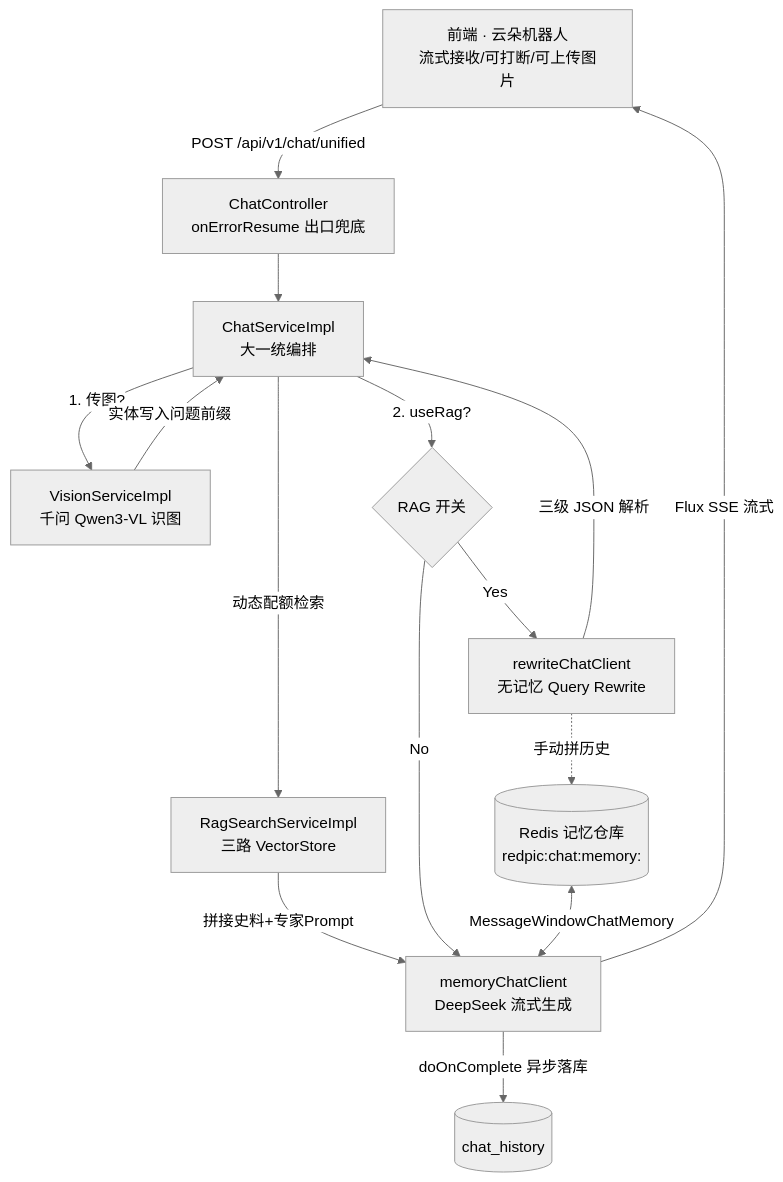
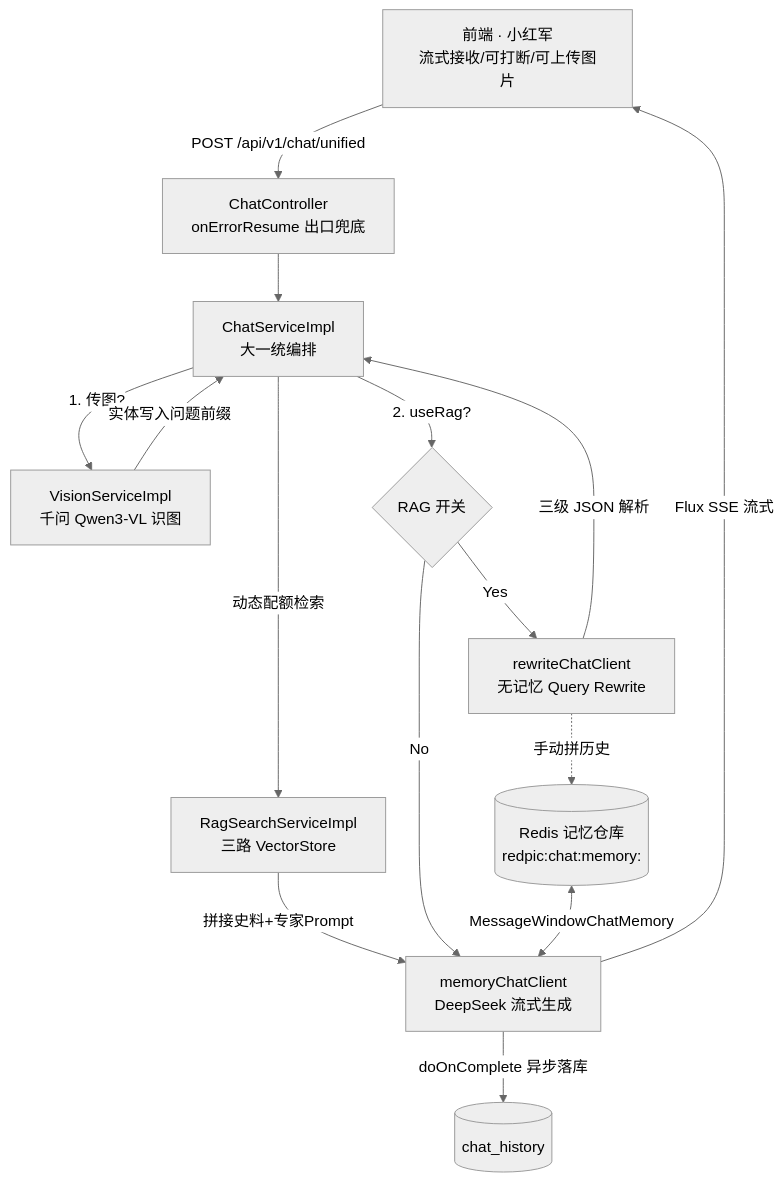
One commit to Dronhui/RedPic changed the diagram in README.md. Above: the diagram before and after it, drawn with Mermaid (neutral theme). The commit also changed other lines of this file and 24 other files, not shown here.

First line of the commit message:
docs: 重构项目模块化文档并调整 RAG 动态路由策略 docs（文档重构）：彻底解耦 README，新增 ui、logs、api、memory 四大模块化子文档及对应测试截图。完善项目本地化落地背景描述。

````diff
--- a/README.md
+++ b/README.md
@@ -31,24 +37,24 @@
 ```mermaid
 graph TD
-    Client[前端 · 云朵机器人<br/>流式接收/可打断/可上传图片] -->|POST /api/v1/chat/unified| Controller[ChatController<br/>onErrorResume 出口兜底]
+    Client[前端 · 小红军<br/>流式接收/可打断/可上传图片] -->|POST /api/v1/chat/unified| Controller[ChatController<br/>onErrorResume 出口兜底]
 
     Controller --> Service[ChatServiceImpl<br/>大一统编排]
 
     Service -->|1. 传图?| Vision[VisionServiceImpl<br/>千问 Qwen3-VL 识图]
     Vision -->|实体写入问题前缀| Service
 
     Service -->|2. useRag?| Router{RAG 开关}
 
     Router -->|Yes| Rewrite[rewriteChatClient<br/>无记忆 Query Rewrite]
     Rewrite -->|三级 JSON 解析| Service
     Service -->|动态配额检索| RagSearch[RagSearchServiceImpl<br/>三路 VectorStore]
     RagSearch -->|拼接史料+专家Prompt| LLM[memoryChatClient<br/>DeepSeek 流式生成]
 
     Router -->|No| LLM
 
     LLM -->|Flux SSE 流式| Client
     LLM -->|doOnComplete 异步落库| MySQL[(chat_history)]
 
     Memory[(Redis 记忆仓库<br/>redpic:chat:memory:)] <-->|MessageWindowChatMemory| LLM
     Rewrite -.手动拼历史.-> Memory
 ```
````
